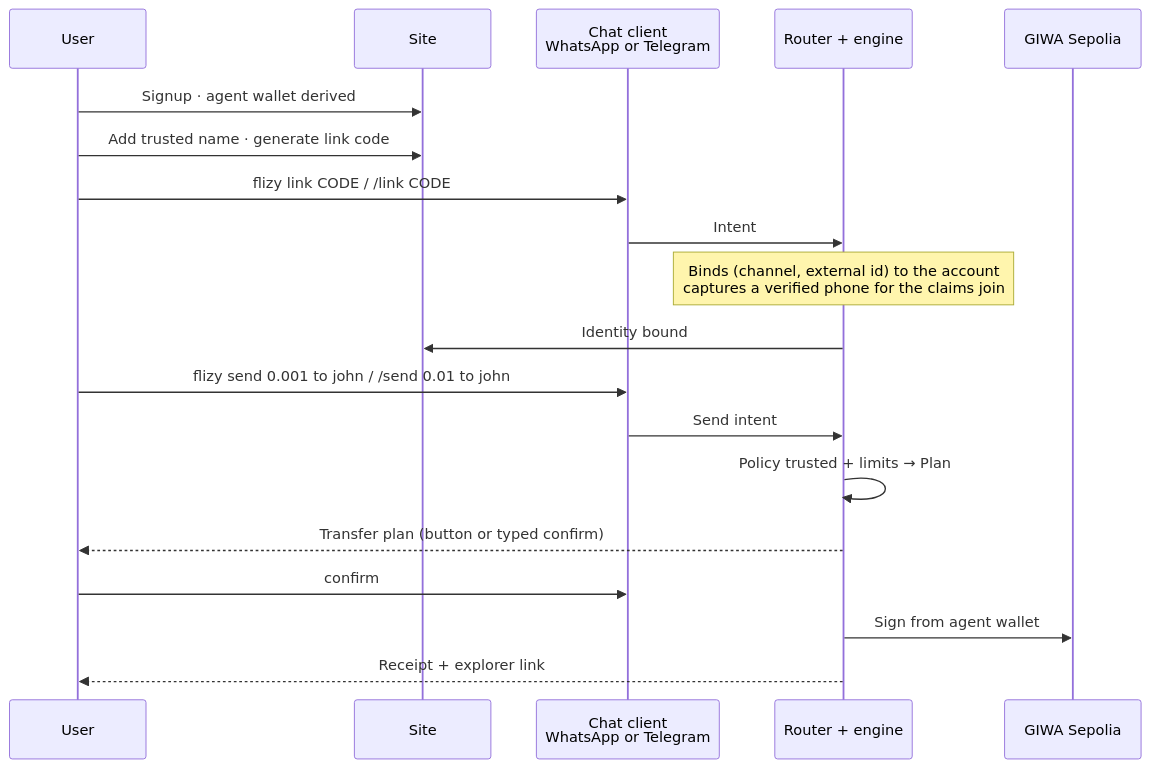
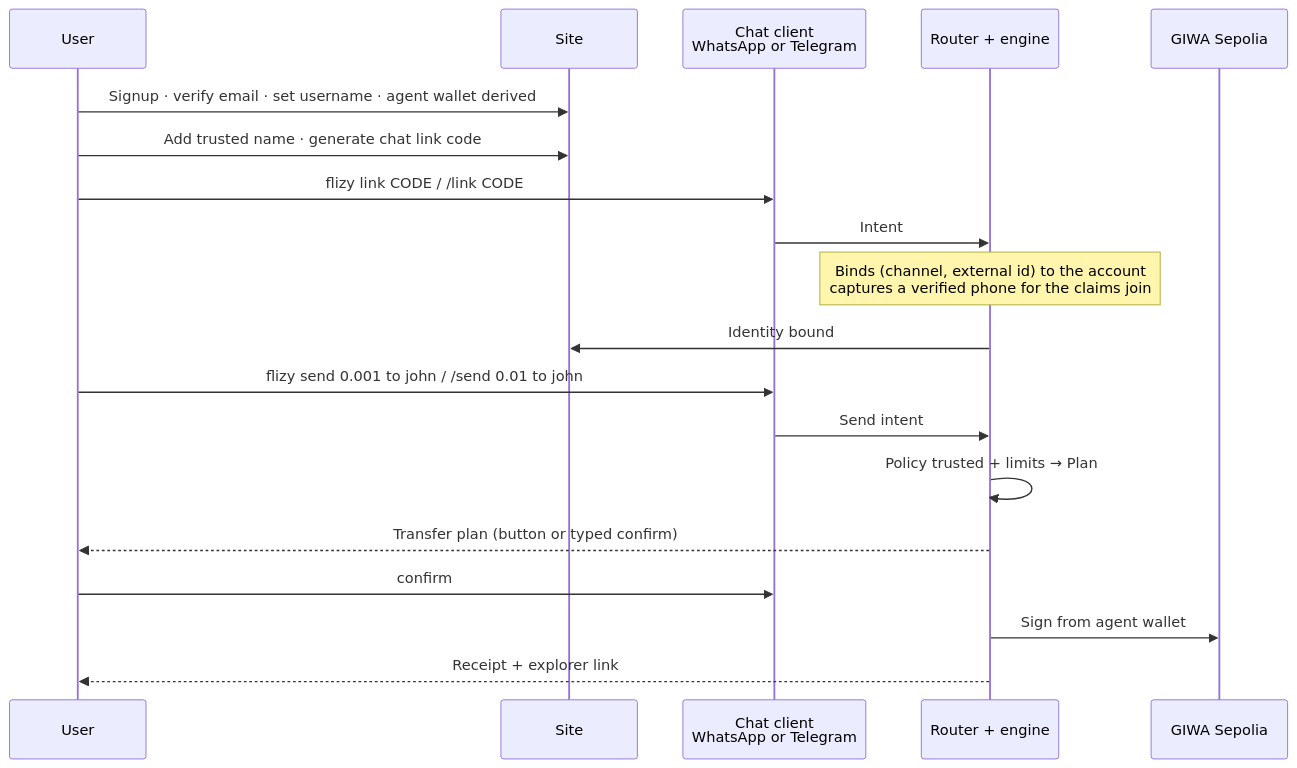
The third of 7 diagrams in docs/ARCHITECTURE.md (rudazy/flizy), drawn with Mermaid before and after one commit. The commit also changed other lines of this file and 21 other files, not shown here.

````diff
--- a/docs/ARCHITECTURE.md
+++ b/docs/ARCHITECTURE.md
@@ -141,22 +152,22 @@
 ```mermaid
 sequenceDiagram
   participant U as User
   participant Site as Site
   participant Chat as Chat client<br/>WhatsApp or Telegram
   participant R as Router + engine
   participant Chain as GIWA Sepolia
 
-  U->>Site: Signup · agent wallet derived
-  U->>Site: Add trusted name · generate link code
+  U->>Site: Signup · verify email · set username · agent wallet derived
+  U->>Site: Add trusted name · generate chat link code
   U->>Chat: flizy link CODE  /  /link CODE
   Chat->>R: Intent
   Note over R: Binds (channel, external id) to the account<br/>captures a verified phone for the claims join
   R->>Site: Identity bound
   U->>Chat: flizy send 0.001 to john  /  /send 0.01 to john
   Chat->>R: Send intent
   R->>R: Policy trusted + limits → Plan
   R-->>U: Transfer plan (button or typed confirm)
   U->>Chat: confirm
   R->>Chain: Sign from agent wallet
   R-->>U: Receipt + explorer link
 ```
````
